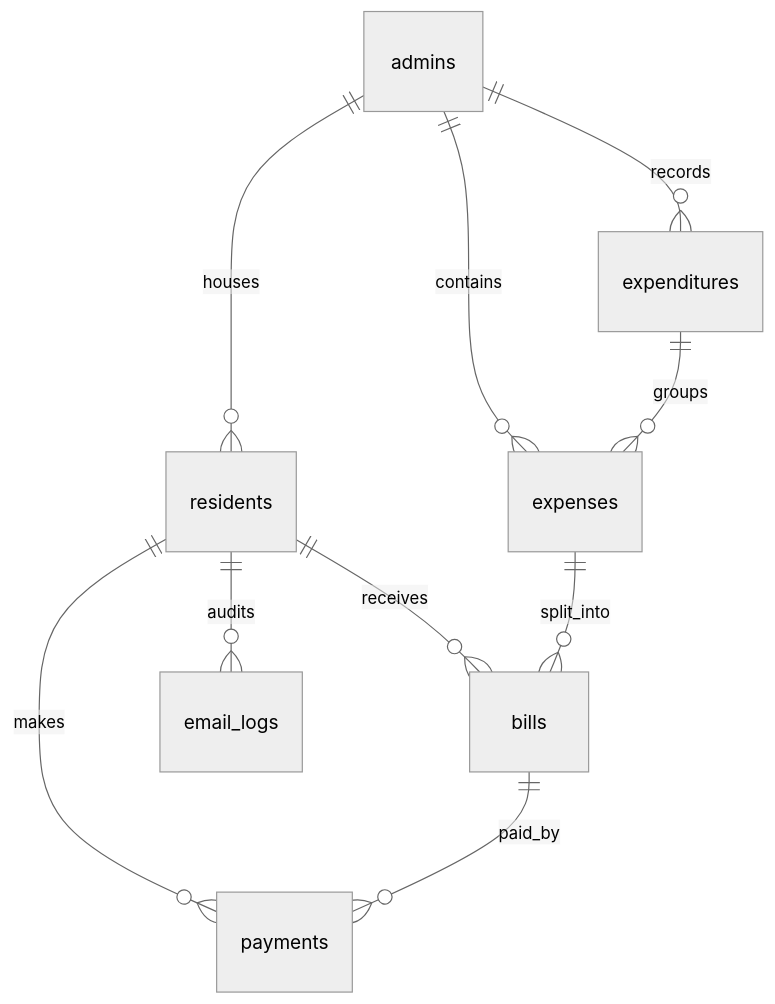
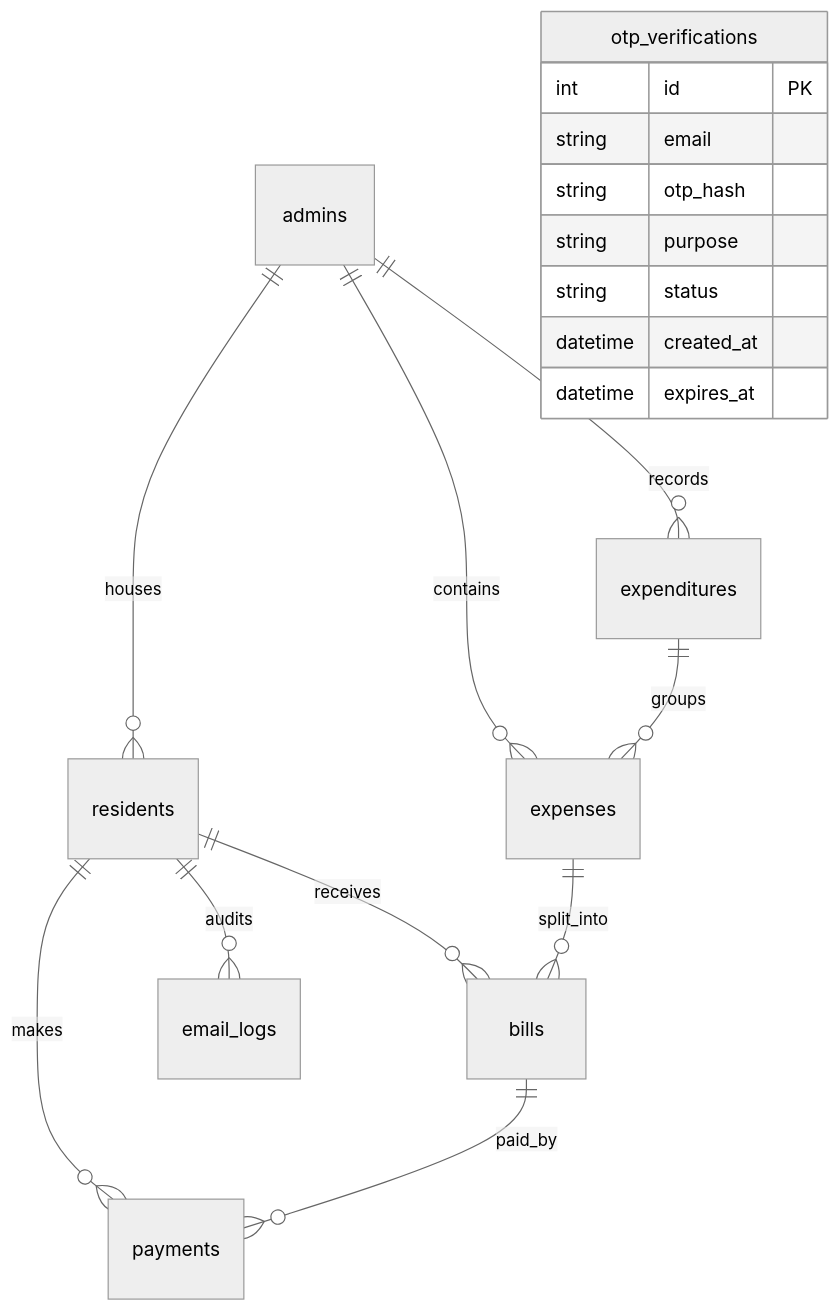
One commit to yashwanthr12/apartment_resource_management changed the diagram in README.md. Above: the diagram before and after it, drawn with Mermaid (neutral theme). The commit also changed other lines of this file and 18 other files, not shown here.

````diff
--- a/README.md
+++ b/README.md
@@ -191,12 +215,21 @@
 ```mermaid
 erDiagram
     admins ||--o{ residents : "houses"
     admins ||--o{ expenditures : "records"
     admins ||--o{ expenses : "contains"
     expenditures ||--o{ expenses : "groups"
     residents ||--o{ bills : "receives"
     expenses ||--o{ bills : "split_into"
     residents ||--o{ payments : "makes"
     bills ||--o{ payments : "paid_by"
     residents ||--o{ email_logs : "audits"
+    otp_verifications {
+        int id PK
+        string email
+        string otp_hash
+        string purpose
+        string status
+        datetime created_at
+        datetime expires_at
+    }
 ```
````
